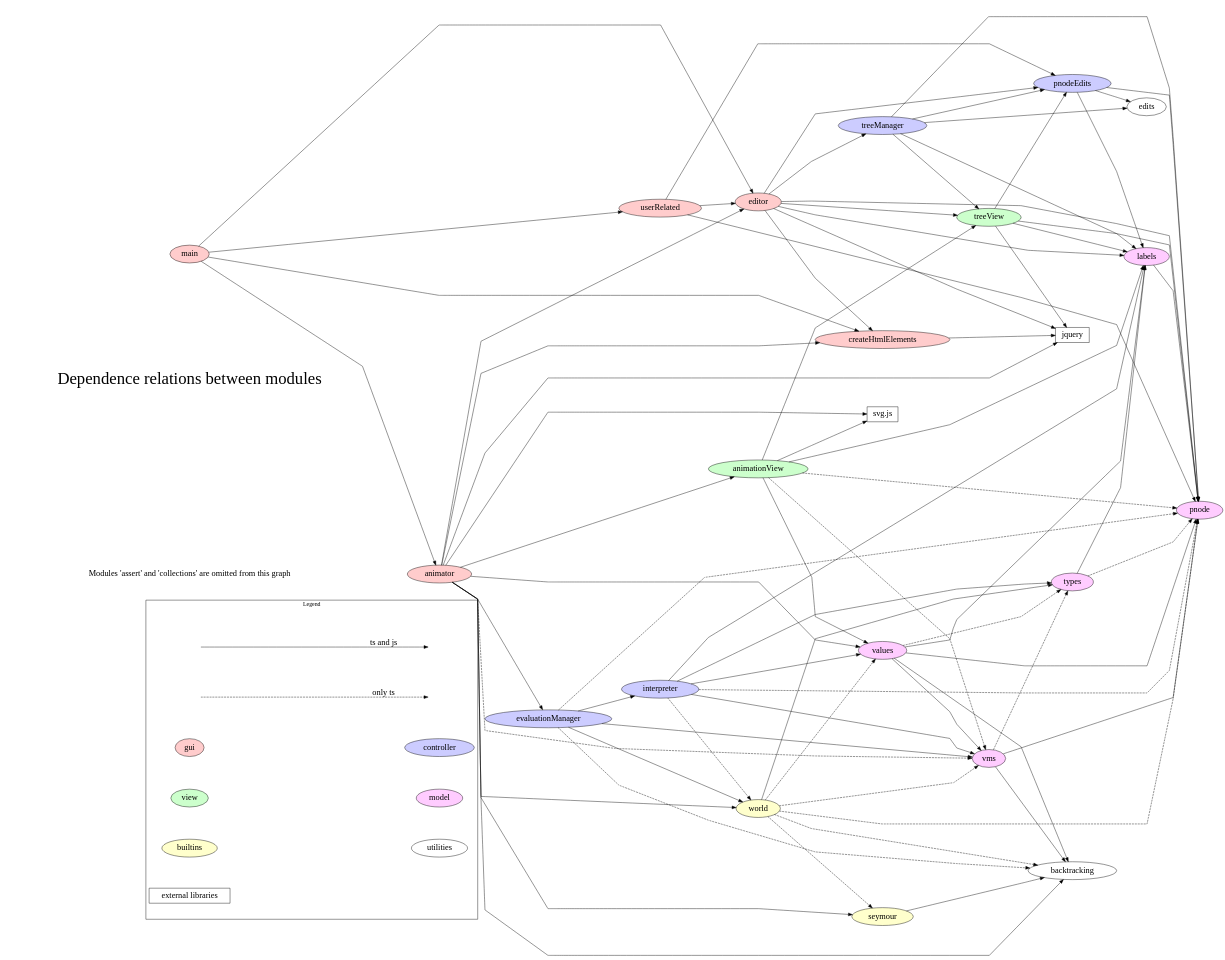
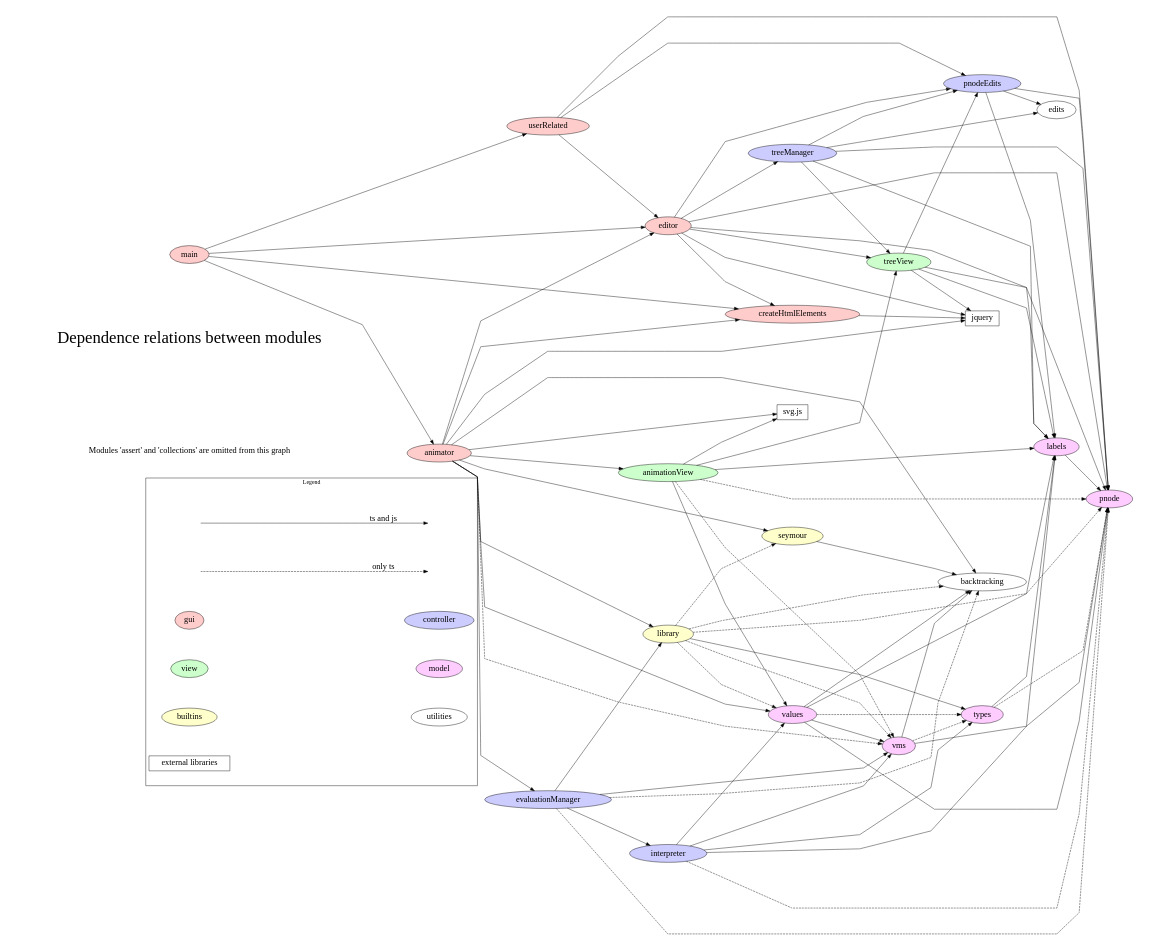
The diagram in typescriptSrc/dependence.gv (theodore-norvell/PLAAY), drawn with Graphviz before and after one commit. The commit also changed 10 other files, not shown here.

Commit message:
Rename world --> library

```diff
--- a/typescriptSrc/dependence.gv
+++ b/typescriptSrc/dependence.gv
@@ -1,157 +1,156 @@
 
 digraph Depends {
     size="9,6.5" ;
     splines="polyline" ;
     nodesep=0.2 ;
     ranksep=0.2 ;
    ratio=fill;
    rankdir = LR ;
    node[fontsize=20];
 
    subgraph cluster1 {
         label = "Legend" ;
         shape=rectangle ;
         color = black ;
         a [style=invis];
         b [style=invis] ;
         c [style=invis] ;
         d [style=invis] ;
         c -> d [label="only ts", style=dashed, fontsize=20] ; 
         a -> b [label="ts and js", fontsize=20] ;
         gui -> controller [style=invis] ;
         view -> model [style=invis] ;
         builtins -> utilities [style=invis] ;
 
         gui [style=filled, fillcolor="#ffcccc"] ;
         controller [style=filled, fillcolor="#ccccff"] ;
         view [style=filled, fillcolor="#ccffcc"] ;
         model [style=filled, fillcolor="#ffccff"] ;
         builtins [style=filled, fillcolor="#ffffcc"] ;
         utilities ;
         "external libraries" [shape=rectangle] ;
     }
 
    utils [label="Modules 'assert' and 'collections' are omitted from this graph",
               shape=none] ;
    caption [ label="Dependence relations between modules", fontsize=40,
               shape=none] ;
 
     main [style=filled, fillcolor="#ffcccc"] ;
     editor [style=filled, fillcolor="#ffcccc"] ;
     animator [style=filled, fillcolor="#ffcccc"] ;
     createHtmlElements [style=filled, fillcolor="#ffcccc"] ;
     userRelated [style=filled, fillcolor="#ffcccc" ] ;
     
     evaluationManager [style=filled, fillcolor="#ccccff"] ;
     interpreter [style=filled, fillcolor="#ccccff"] ;
     treeManager [style=filled, fillcolor="#ccccff"] ;
     pnodeEdits [style=filled, fillcolor="#ccccff"] ;
     
     treeView [style=filled, fillcolor="#ccffcc"] ;
     animationView [style=filled, fillcolor="#ccffcc"] ;
 
     vms [style=filled, fillcolor="#ffccff"] ;
     values [style=filled, fillcolor="#ffccff"] ;
     types [style=filled, fillcolor="#ffccff"] ;
     labels [style=filled, fillcolor="#ffccff"] ;
     pnode [style=filled, fillcolor="#ffccff"] ;
 
-    world [style=filled, fillcolor="#ffffcc"] ;
+    library [style=filled, fillcolor="#ffffcc"] ;
     seymour [style=filled, fillcolor="#ffffcc"] ;
     
    animator -> animationView  ;
    animator -> backtracking ;
    animator -> createHtmlElements ;
    animator -> editor ;
    animator -> evaluationManager ;
    animator -> seymour ;
    animator -> values ;
-   animator -> world ;
+   animator -> library ;
    animator -> vms [style=dashed] ;
    animator -> svg ;
    animator -> jquery ;
 
    animationView -> labels ;
    animationView -> pnode [style=dashed] ;
    animationView -> treeView ;
    animationView -> values ;
    animationView -> vms [style=dashed];
    animationView -> svg ;
    
    createHtmlElements -> jquery ;
 
    editor -> createHtmlElements ;
    editor -> labels ;
    editor -> pnode  ;
    editor -> pnodeEdits ;
    editor -> treeView ;
    editor -> treeManager ;
    editor -> jquery ;
 
    evaluationManager -> backtracking  [style=dashed];
    evaluationManager -> interpreter ;
    evaluationManager -> pnode  [style=dashed];
    evaluationManager -> vms ;
-   evaluationManager -> world ;
+   evaluationManager -> library ;
 
    interpreter -> labels ;
    interpreter -> pnode  [style=dashed];
    interpreter -> types ;
    interpreter -> values ;
    interpreter -> vms ;
-   interpreter -> world  [style=dashed];
 
     jquery [shape=rectangle]
     
    labels -> pnode ;
 
    main -> animator ;
    main -> createHtmlElements ;
    main -> editor ;
    main -> userRelated ;
 
    pnodeEdits -> edits ;
    pnodeEdits -> pnode ;
    pnodeEdits -> labels ;
    
    types -> pnode [style=dashed];
    types -> labels ;
 
    seymour -> backtracking ;
 
    treeView -> labels ;
    treeView -> pnode ;
    treeView -> pnodeEdits ;
    treeView -> jquery ;
 
    svg [label="svg.js", shape=rectangle] ;
 
    treeManager -> edits ;
    treeManager -> labels ;
    treeManager -> pnode ;
    treeManager -> pnodeEdits ;
    treeManager -> treeView ;
 
    userRelated -> editor ;
    userRelated -> pnodeEdits ;
    userRelated -> pnode ;
    
    values -> backtracking ;
    values -> labels ;
    values -> pnode ;
    values -> types  [style=dashed];
    values -> vms ;
 
    
    vms -> backtracking
    vms -> pnode ;
    vms -> types  [style=dashed];
 
-   world -> backtracking  [style=dashed];
-   world -> pnode  [style=dashed];
-   world -> seymour  [style=dashed];
-   world -> types ;
-   world -> values  [style=dashed];
-   world -> vms  [style=dashed];
+   library -> backtracking  [style=dashed];
+   library -> pnode  [style=dashed];
+   library -> seymour  [style=dashed];
+   library -> types ;
+   library -> values  [style=dashed];
+   library -> vms  [style=dashed];
    
 }
```
